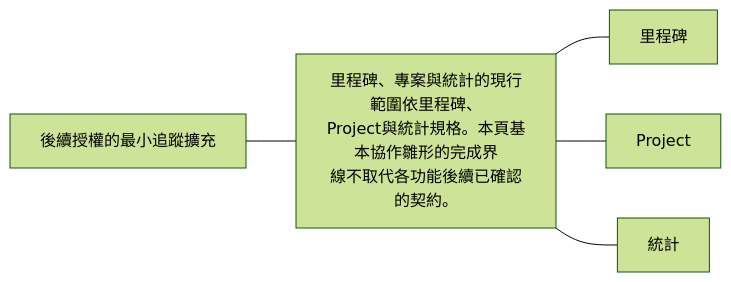
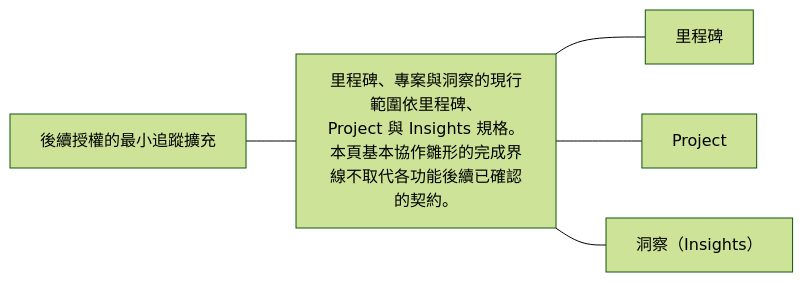
One commit to 963sup/line-mini-app-bot changed the sixth of 6 diagrams in docs/domains/repository/acceptance.md. Above: the diagram before and after it, drawn with Mermaid (forest theme). The commit also changed 17 other files, not shown here.

Commit message:
feat(repository): present statistics in Insights (#12)

````diff
--- a/docs/domains/repository/acceptance.md
+++ b/docs/domains/repository/acceptance.md
@@ -54,11 +54,11 @@
 ```mermaid
 flowchart LR
   h["後續授權的最小追蹤擴充"]
-  h --- n0["里程碑、專案與統計的現行範圍依里程碑、<br/>Project與統計規格。本頁基本協作雛形的完成界<br/>線不取代各功能後續已確認的契約。"]
+  h --- n0["里程碑、專案與洞察的現行範圍依里程碑、<br/>Project 與 Insights 規格。本頁基本協作雛形的完成界<br/>線不取代各功能後續已確認的契約。"]
   n0 --- n0l0["里程碑"]
   click n0l0 "milestones.md"
   n0 --- n0l1["Project"]
   click n0l1 "../project.md"
-  n0 --- n0l2["統計"]
-  click n0l2 "statistics.md"
+  n0 --- n0l2["洞察（Insights）"]
+  click n0l2 "insights.md"
 ```
````
